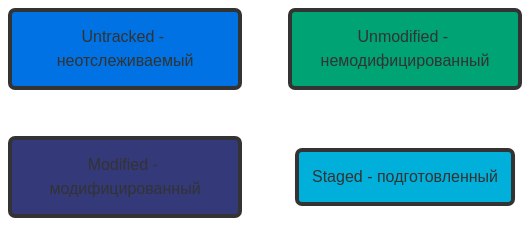
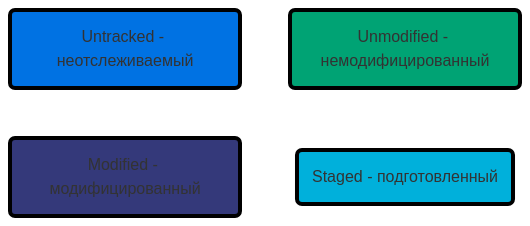
The second of 2 diagrams in Udemy/Git/README.md (zohidulla/training-skills), drawn with Mermaid before and after one commit.

Commit message:
git status files

````diff
--- a/Udemy/Git/README.md
+++ b/Udemy/Git/README.md
@@ -76,9 +76,9 @@
 ```mermaid
 flowchart LR
     id1(Untracked - неотслеживаемый) ~~~ id2(Unmodified - немодифицированный)
     id3(Modified - модифицированный) ~~~ id4(Staged - подготовленный)
-    style id1 fill:#0072E3,stroke:#333,stroke-width:4px
-    style id2 fill:#00A374,stroke:#333,stroke-width:4px
-    style id3 fill:#34397A,stroke:#333,stroke-width:4px
-    style id4 fill:#00B0DB,stroke:#333,stroke-width:4px
+    style id1 fill:#0072E3,stroke:#000,stroke-width:4px
+    style id2 fill:#00A374,stroke:#000,stroke-width:4px
+    style id3 fill:#34397A,stroke:#000,stroke-width:4px
+    style id4 fill:#00B0DB,stroke:#000,stroke-width:4px
 ```
````
